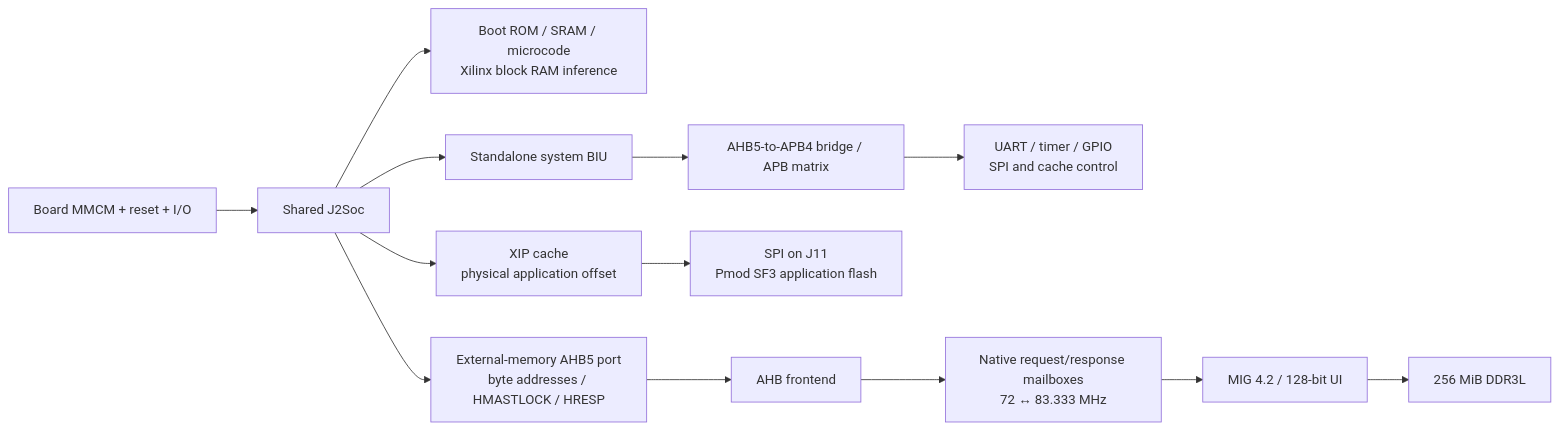
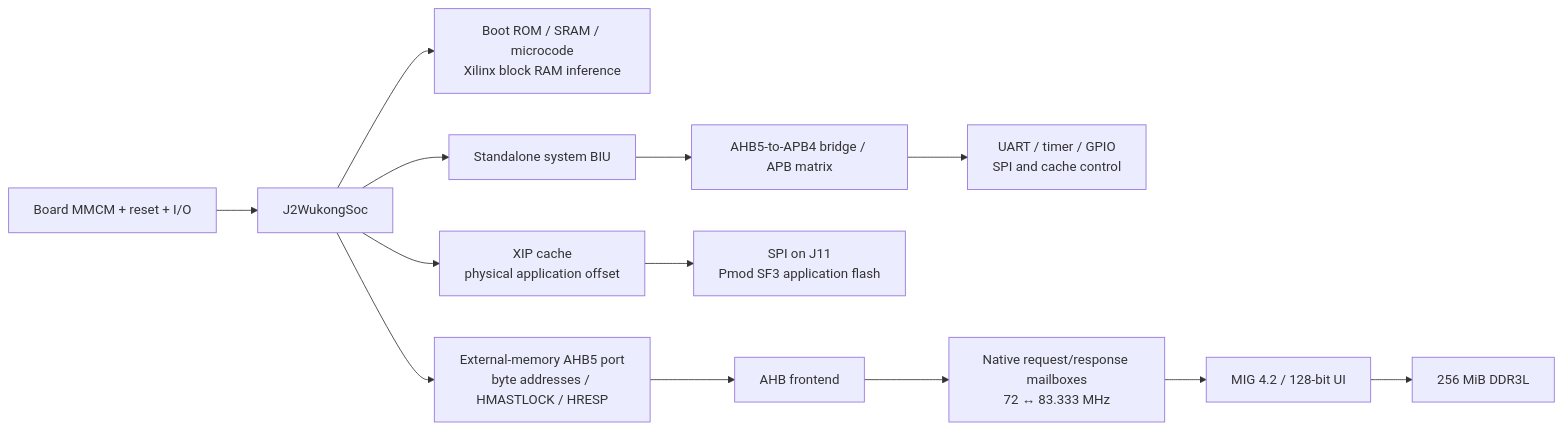
Before and after one commit to PreviousVOD/VexJ2: the first of 3 diagrams in docs/wukong-v1.md, drawn with Mermaid. The commit also changed other lines of this file and 51 other files, not shown here.

````diff
--- a/docs/wukong-v1.md
+++ b/docs/wukong-v1.md
@@ -88,15 +95,15 @@
 ```mermaid
 flowchart LR
-  P["Board MMCM + reset + I/O"] --> S["Shared J2Soc"]
+  P["Board MMCM + reset + I/O"] --> S["J2WukongSoc"]
   S --> R["Boot ROM / SRAM / microcode<br/>Xilinx block RAM inference"]
   S --> BIU["Standalone system BIU"]
   BIU --> APB["AHB5-to-APB4 bridge / APB matrix"]
   APB --> U["UART / timer / GPIO<br/>SPI and cache control"]
   S --> C["XIP cache<br/>physical application offset"]
   C --> F["SPI on J11<br/>Pmod SF3 application flash"]
   S --> B["External-memory AHB5 port<br/>byte addresses / HMASTLOCK / HRESP"]
   B --> FRONT["AHB frontend"]
   FRONT --> E["Native request/response mailboxes<br/>72 ↔ 83.333 MHz"]
   E --> M["MIG 4.2 / 128-bit UI"]
   M --> D["256 MiB DDR3L"]
 ```
````
